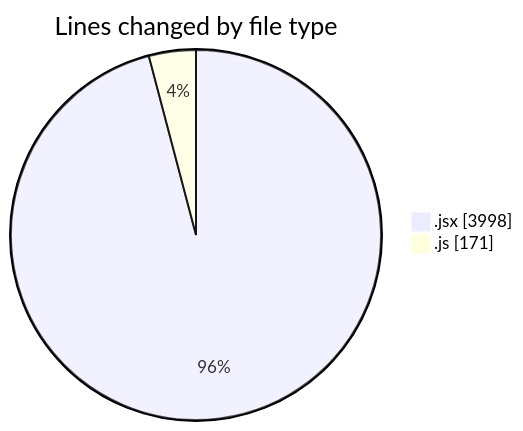
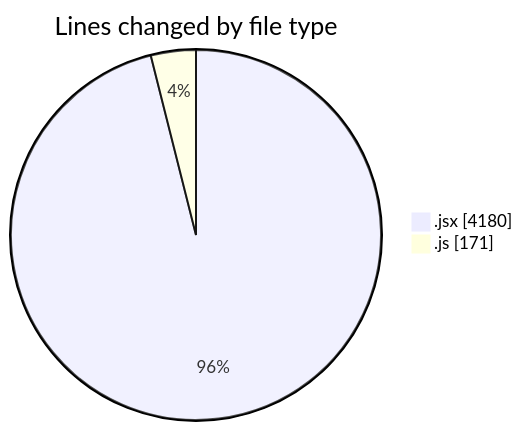
One commit to nxtqubesakshisongat/code-tracking changed the first of 2 diagrams in 2025-07-09/argos/README.md. Above: the diagram before and after it, drawn with Mermaid. The commit also changed other lines of this file and 1 other file, not shown here.

````diff
--- a/2025-07-09/argos/README.md
+++ b/2025-07-09/argos/README.md
@@ -26,6 +26,6 @@
 ```mermaid
 pie showData
 title Lines changed by file type
-".jsx" : 3998
+".jsx" : 4180
 ".js" : 171
 ```
````
